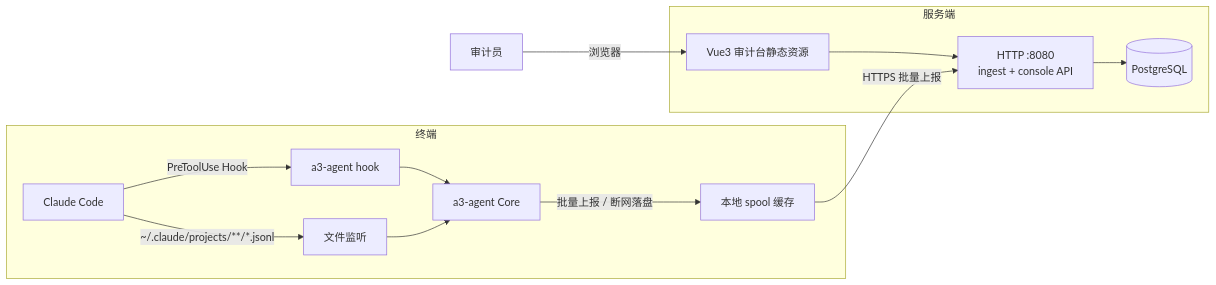
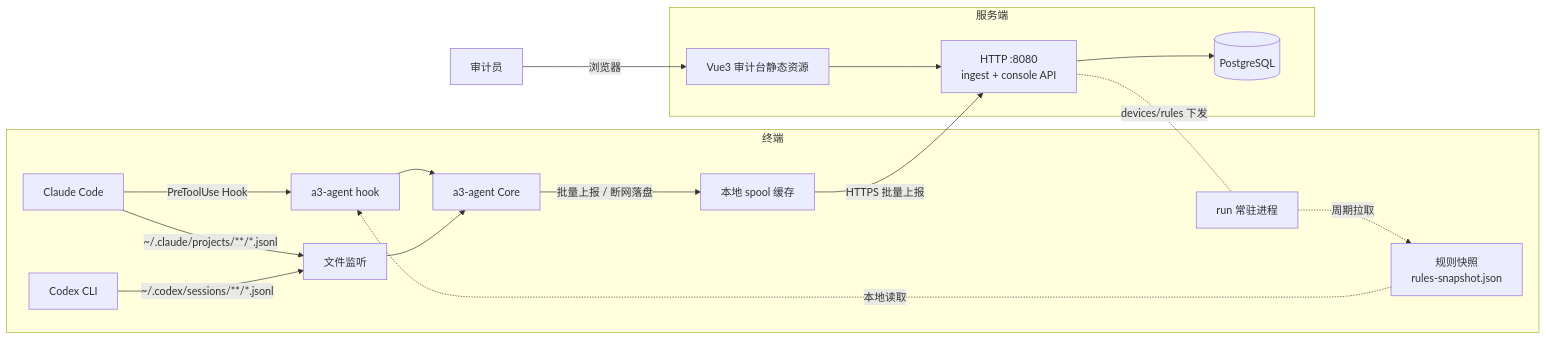
One commit to codingway-hub/a3 changed the diagram in README.md. Above: the diagram before and after it, drawn with Mermaid. The commit also changed other lines of this file, not shown here.

````diff
--- a/README.md
+++ b/README.md
@@ -19,19 +21,23 @@
 ```mermaid
 flowchart LR
     subgraph 终端
         CC[Claude Code] -->|PreToolUse Hook| HOOK[a3-agent hook]
         CC -->|~/.claude/projects/**/*.jsonl| WATCH[文件监听]
+        CODEX[Codex CLI] -->|~/.codex/sessions/**/*.jsonl| WATCH
         HOOK --> CORE[a3-agent Core]
         WATCH --> CORE
+        RULES[规则快照<br/>rules-snapshot.json] -.本地读取.-> HOOK
+        RUN[run 常驻进程] -.周期拉取.-> RULES
         CORE -->|批量上报 / 断网落盘| SPOOL[本地 spool 缓存]
     end
     subgraph 服务端
         API[HTTP :8080<br/>ingest + console API]
         DB[(PostgreSQL)]
         WEB[Vue3 审计台静态资源]
         API --> DB
         WEB --> API
     end
     SPOOL -->|HTTPS 批量上报| API
+    API -.devices/rules 下发.- RUN
     审计员 -->|浏览器| WEB
 ```
````
